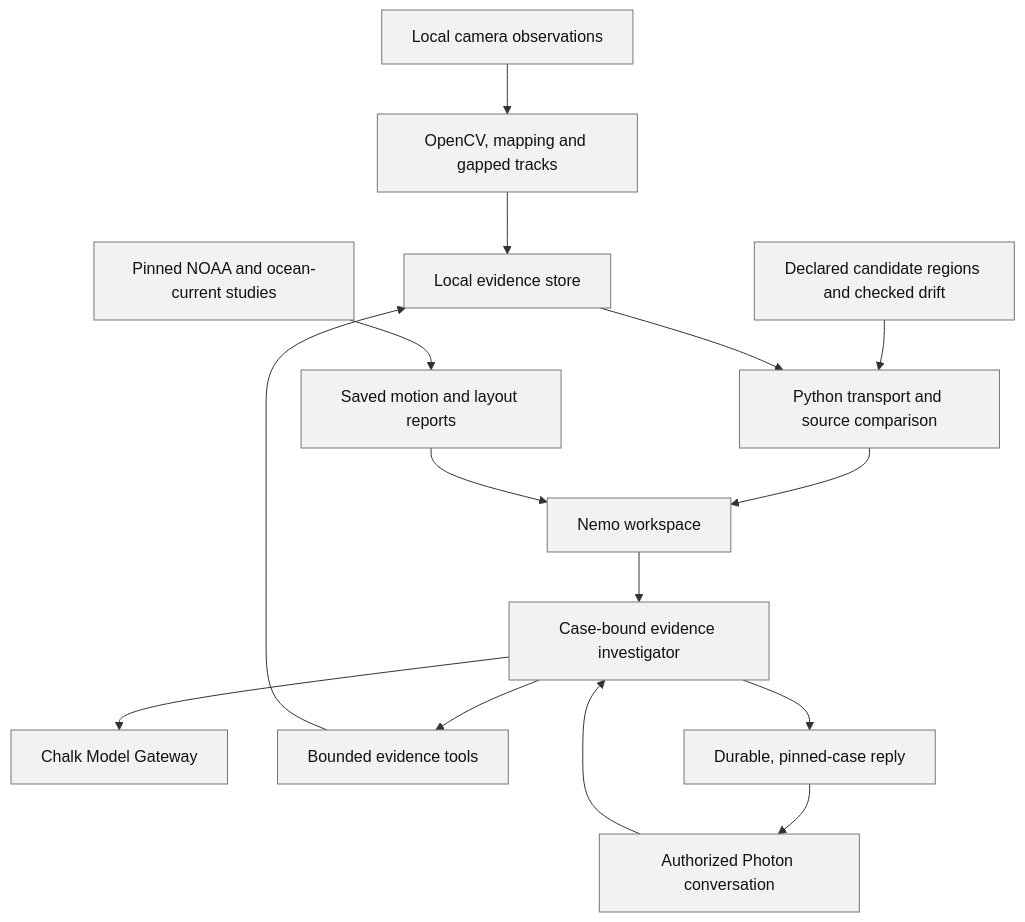
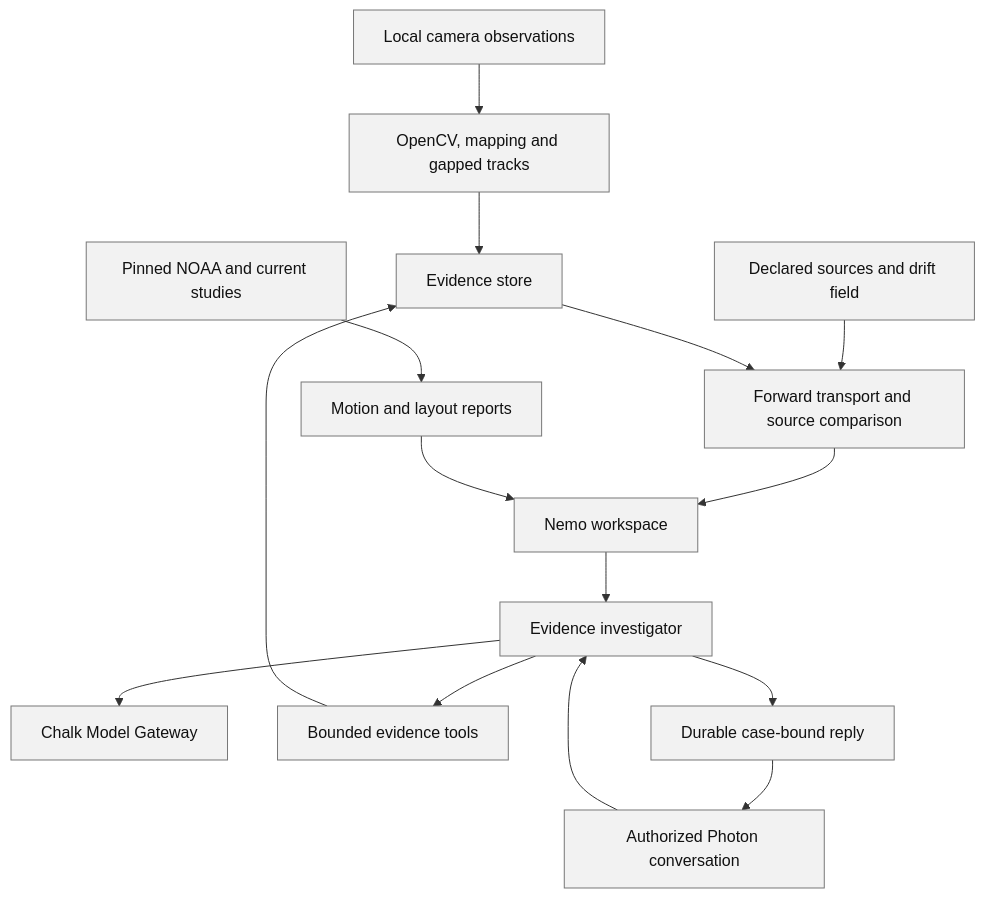
The diagram in README.md (Jose-Gael-Cruz-Lopez/Nemo), drawn with Mermaid before and after one commit. The commit also changed other lines of this file and 6 other files, not shown here.

````diff
--- a/README.md
+++ b/README.md
@@ -152,19 +178,19 @@
 ```mermaid
 flowchart TD
-    Obs["Local camera observations"] --> Vision["OpenCV, mapping and gapped tracks"]
-    Vision --> Store["Local evidence store"]
-    Profiles["Declared candidate regions and checked drift"] --> Model["Python transport and source comparison"]
+    Camera["Local camera observations"] --> Vision["OpenCV, mapping and gapped tracks"]
+    Vision --> Store["Evidence store"]
+    Candidates["Declared sources and drift field"] --> Model["Forward transport and source comparison"]
     Store --> Model
-    Ocean["Pinned NOAA and ocean-current studies"] --> Research["Saved motion and layout reports"]
-    Model --> UI["Nemo workspace"]
-    Research --> UI
-    UI --> Agent["Case-bound evidence investigator"]
-    Agent --> Chalk["Chalk Model Gateway"]
-    Agent --> Tools["Bounded evidence tools"]
+    Ocean["Pinned NOAA and current studies"] --> Reports["Motion and layout reports"]
+    Model --> Workspace["Nemo workspace"]
+    Reports --> Workspace
+    Workspace --> Investigator["Evidence investigator"]
+    Investigator --> Chalk["Chalk Model Gateway"]
+    Investigator --> Tools["Bounded evidence tools"]
     Tools --> Store
-    Photon["Authorized Photon conversation"] --> Agent
-    Agent --> Reply["Durable, pinned-case reply"]
+    Photon["Authorized Photon conversation"] --> Investigator
+    Investigator --> Reply["Durable case-bound reply"]
     Reply --> Photon
     classDef box fill:#f2f2f2,stroke:#777,color:#111;
-    class Obs,Vision,Store,Profiles,Model,Ocean,Research,UI,Agent,Chalk,Tools,Photon,Reply box;
+    class Camera,Vision,Store,Candidates,Model,Ocean,Reports,Workspace,Investigator,Chalk,Tools,Photon,Reply box;
 ```
````
